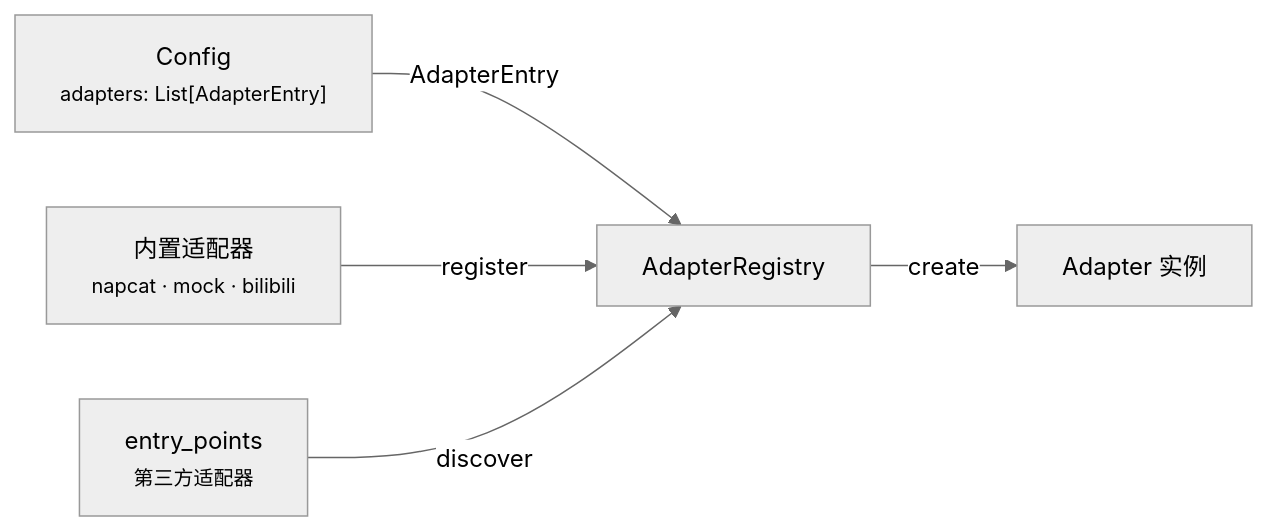
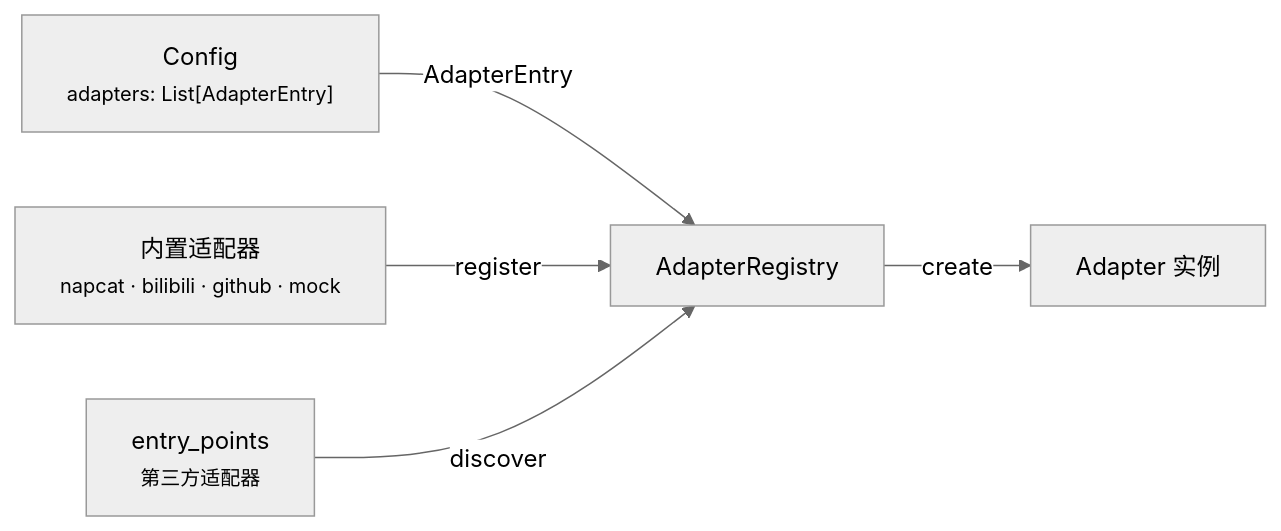
One commit to Sparrived/ncatbot changed the third of 16 diagrams in docs/architecture.md. Above: the diagram before and after it, drawn with Mermaid (neutral theme). The commit also changed other lines of this file and 30 other files, not shown here.

````diff
--- a/docs/architecture.md
+++ b/docs/architecture.md
@@ -244,13 +250,13 @@
 ```mermaid
 graph LR
     Config["Config<br/><small>adapters: List[AdapterEntry]</small>"]
     Registry["AdapterRegistry"]
-    Builtin["内置适配器<br/><small>napcat · mock · bilibili</small>"]
+    Builtin["内置适配器<br/><small>napcat · bilibili · github · mock</small>"]
     EP["entry_points<br/><small>第三方适配器</small>"]
     Instance["Adapter 实例"]
 
     Config -->|AdapterEntry| Registry
     Builtin -->|register| Registry
     EP -->|discover| Registry
     Registry -->|create| Instance
 ```
````
